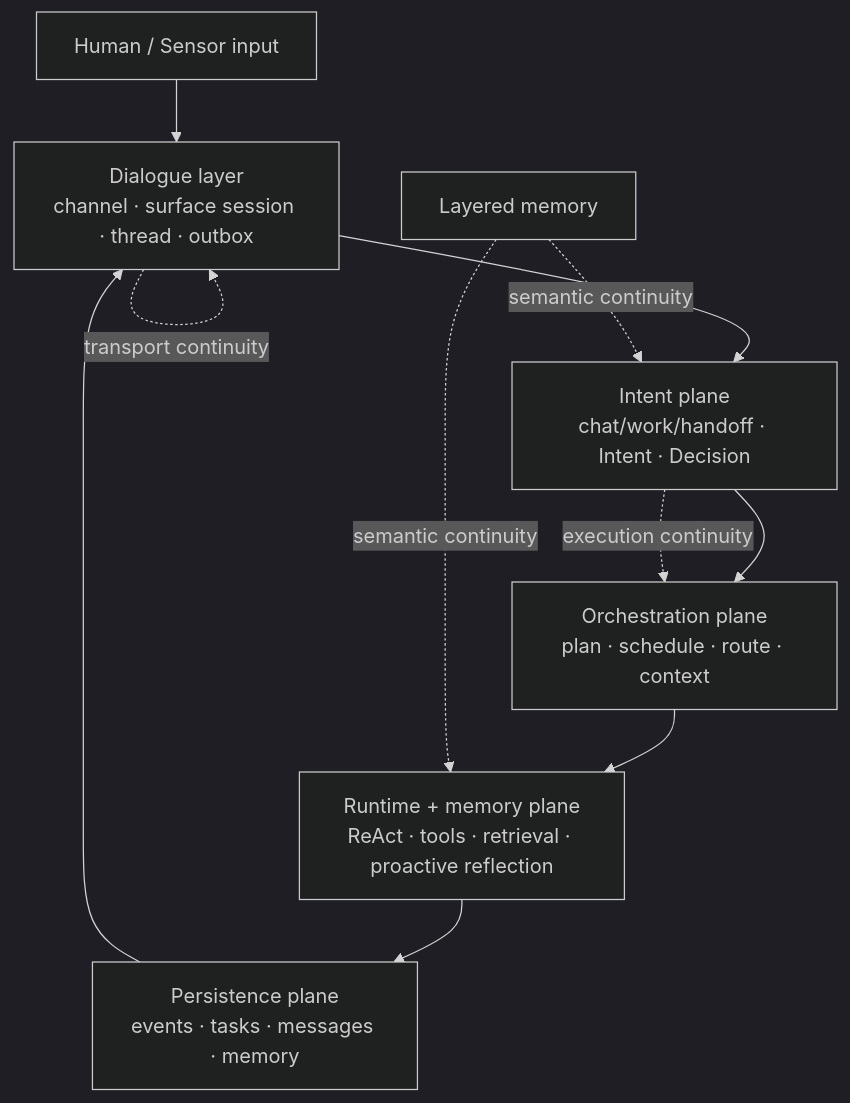
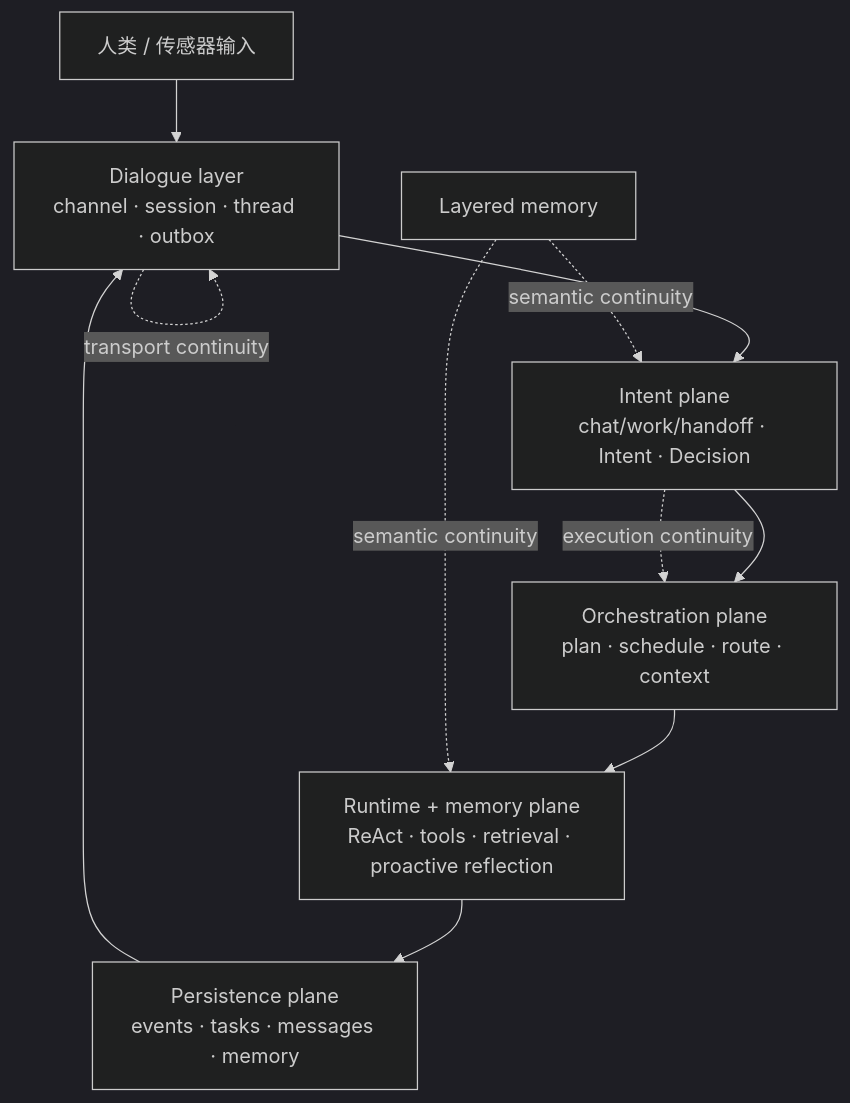
One commit to The-Punk-and-The-Monk/Nous changed the diagram in README.md. Above: the diagram before and after it, drawn with Mermaid (dark theme). The commit also changed other lines of this file and 2 other files, not shown here.

````diff
--- a/README.md
+++ b/README.md
@@ -77,14 +77,14 @@
 ```mermaid
 flowchart TB
-    U[Human / Sensor input] --> D[Dialogue layer\nchannel · surface session · thread · outbox]
+    U[人类 / 传感器输入] --> D[Dialogue layer\nchannel · session · thread · outbox]
     D --> W[Intent plane\nchat/work/handoff · Intent · Decision]
     W --> O[Orchestration plane\nplan · schedule · route · context]
     O --> R[Runtime + memory plane\nReAct · tools · retrieval · proactive reflection]
     R --> P[Persistence plane\nevents · tasks · messages · memory]
     P --> D
 
     M[Layered memory] -. semantic continuity .-> W
     M -. semantic continuity .-> R
     D -. transport continuity .-> D
     W -. execution continuity .-> O
 ```
````
